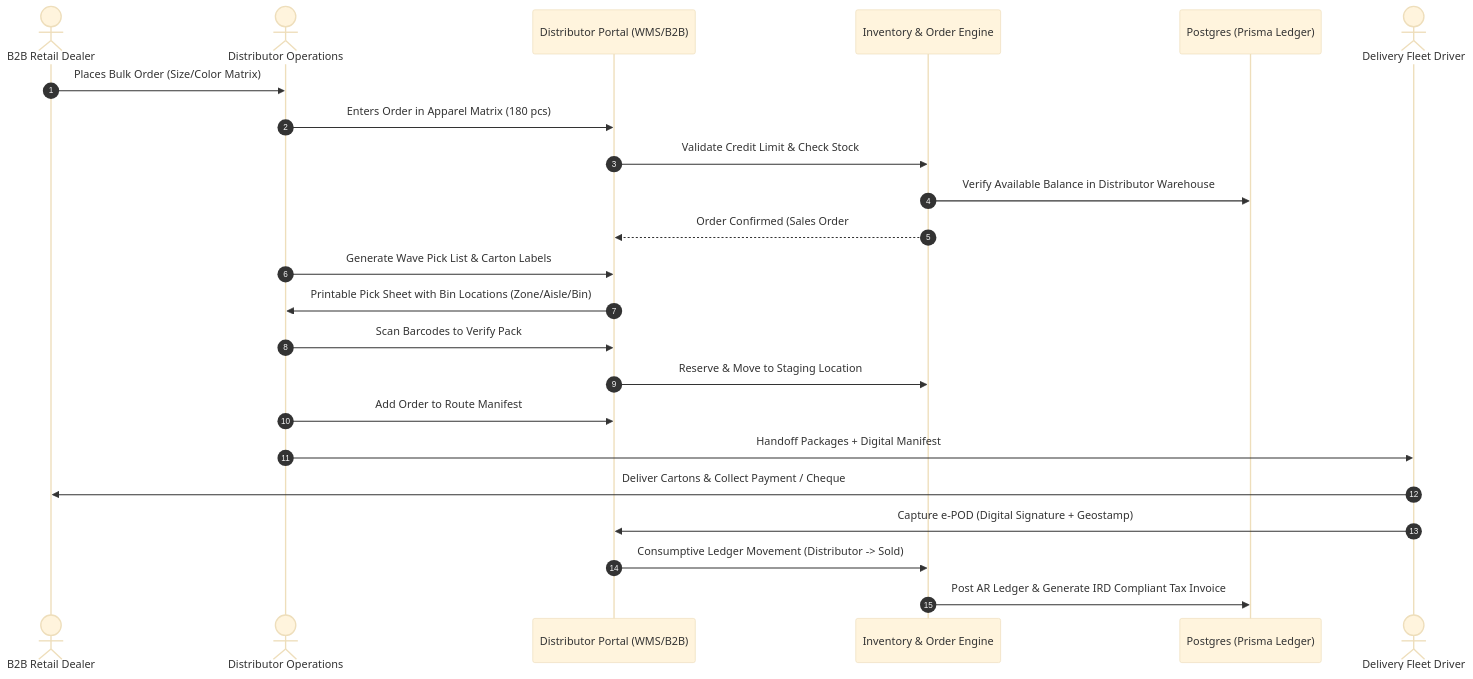
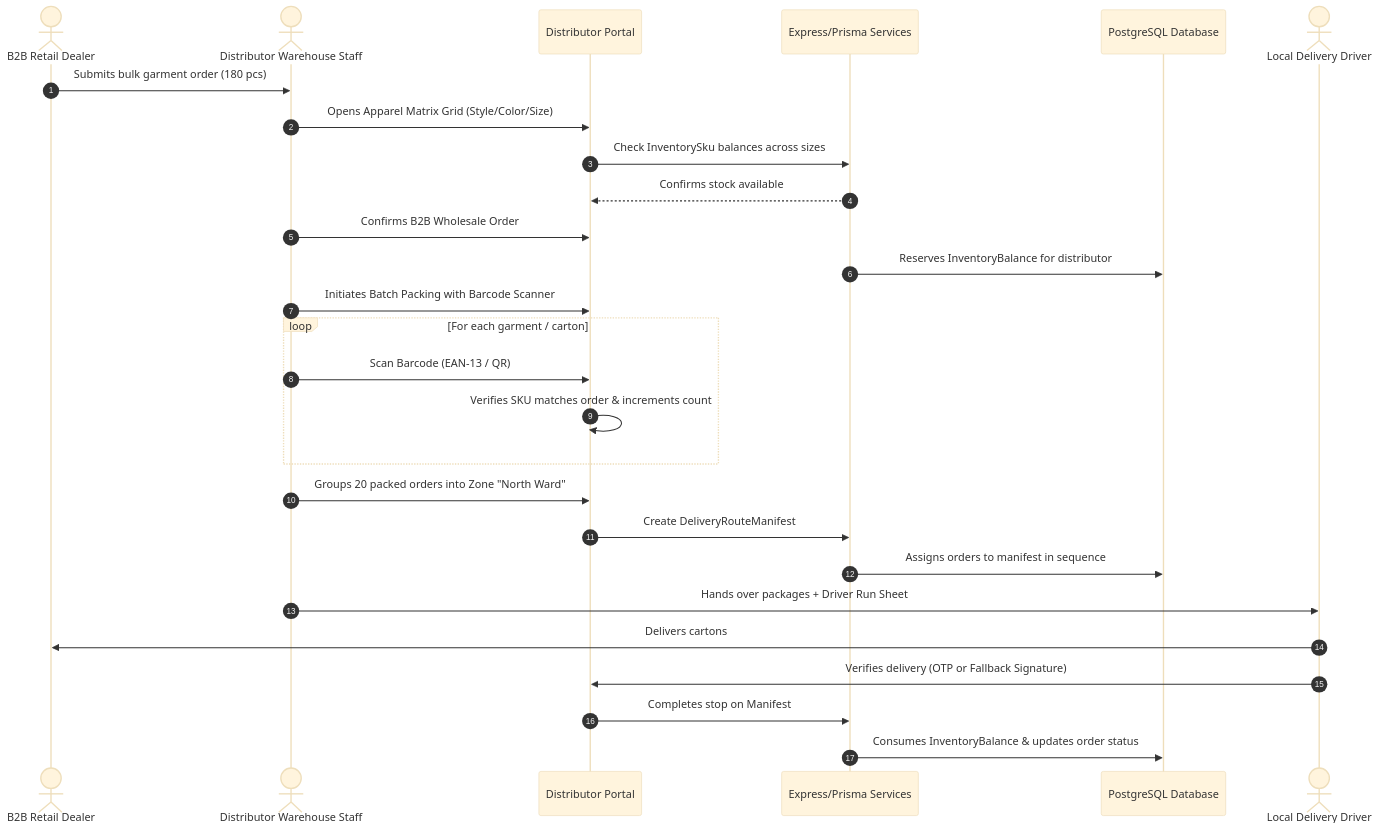
Before and after one commit to suvedisudip45-dev/JiyaCollections: the second of 3 diagrams in docs/distributor-perspective-analysis-and-roadmap.md, drawn with Mermaid (base theme). The commit also changed other lines of this file and 5 other files, not shown here.

````diff
--- a/docs/distributor-perspective-analysis-and-roadmap.md
+++ b/docs/distributor-perspective-analysis-and-roadmap.md
@@ -449,28 +300,33 @@
 ```mermaid
 sequenceDiagram
     autonumber
     actor Dealer as B2B Retail Dealer
-    actor DistUser as Distributor Operations
-    participant Portal as Distributor Portal (WMS/B2B)
-    participant Engine as Inventory & Order Engine
-    participant DB as Postgres (Prisma Ledger)
-    actor Driver as Delivery Fleet Driver
+    actor DistStaff as Distributor Warehouse Staff
+    participant Portal as Distributor Portal
+    participant Backend as Express/Prisma Services
+    participant DB as PostgreSQL Database
+    actor Driver as Local Delivery Driver
 
-    Dealer->>DistUser: Places Bulk Order (Size/Color Matrix)
-    DistUser->>Portal: Enters Order in Apparel Matrix (180 pcs)
-    Portal->>Engine: Validate Credit Limit & Check Stock
-    Engine->>DB: Verify Available Balance in Distributor Warehouse
-    Engine-->>Portal: Order Confirmed (Sales Order #B2B-10024)
+    Dealer->>DistStaff: Submits bulk garment order (180 pcs)
+    DistStaff->>Portal: Opens Apparel Matrix Grid (Style/Color/Size)
+    Portal->>Backend: Check InventorySku balances across sizes
+    Backend-->>Portal: Confirms stock available
+    DistStaff->>Portal: Confirms B2B Wholesale Order
+    Backend->>DB: Reserves InventoryBalance for distributor
+
+    DistStaff->>Portal: Initiates Batch Packing with Barcode Scanner
+    loop For each garment / carton
+        DistStaff->>Portal: Scan Barcode (EAN-13 / QR)
+        Portal->>Portal: Verifies SKU matches order & increments count
+    end
+
+    DistStaff->>Portal: Groups 20 packed orders into Zone "North Ward"
+    Portal->>Backend: Create DeliveryRouteManifest #RM-401
+    Backend->>DB: Assigns orders to manifest in sequence
+    DistStaff->>Driver: Hands over packages + Driver Run Sheet
     
-    DistUser->>Portal: Generate Wave Pick List & Carton Labels
-    Portal->>DistUser: Printable Pick Sheet with Bin Locations (Zone/Aisle/Bin)
-    DistUser->>Portal: Scan Barcodes to Verify Pack
-    Portal->>Engine: Reserve & Move to Staging Location
-    
-    DistUser->>Portal: Add Order to Route Manifest #RM-502
-    DistUser->>Driver: Handoff Packages + Digital Manifest
-    Driver->>Dealer: Deliver Cartons & Collect Payment / Cheque
-    Driver->>Portal: Capture e-POD (Digital Signature + Geostamp)
-    Portal->>Engine: Consumptive Ledger Movement (Distributor -> Sold)
-    Engine->>DB: Post AR Ledger & Generate IRD Compliant Tax Invoice
+    Driver->>Dealer: Delivers cartons
+    Driver->>Portal: Verifies delivery (OTP or Fallback Signature)
+    Portal->>Backend: Completes stop on Manifest #RM-401
+    Backend->>DB: Consumes InventoryBalance & updates order status
 ```
````
